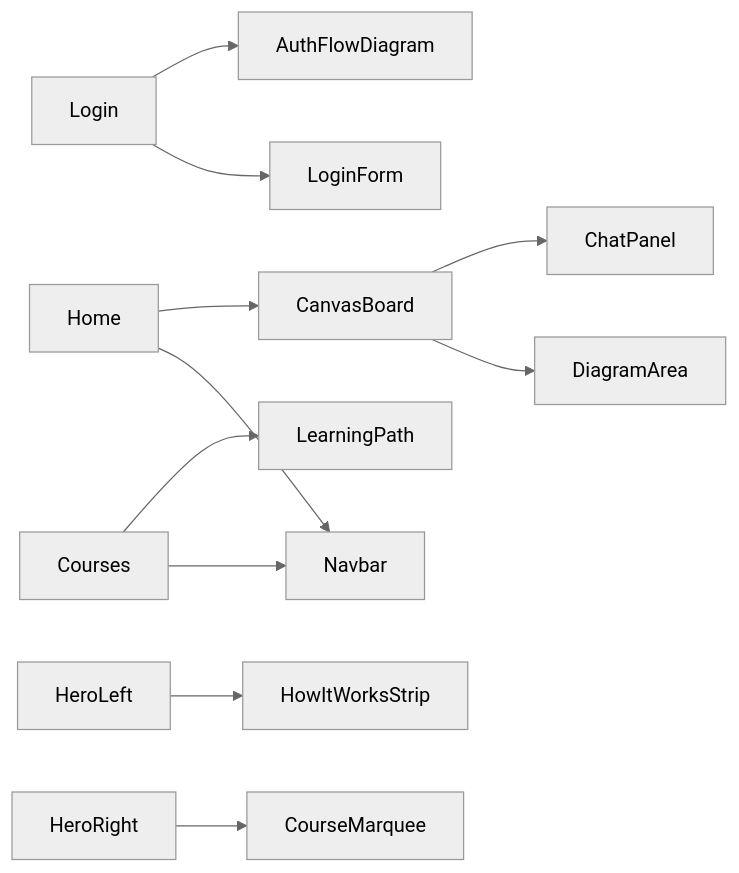
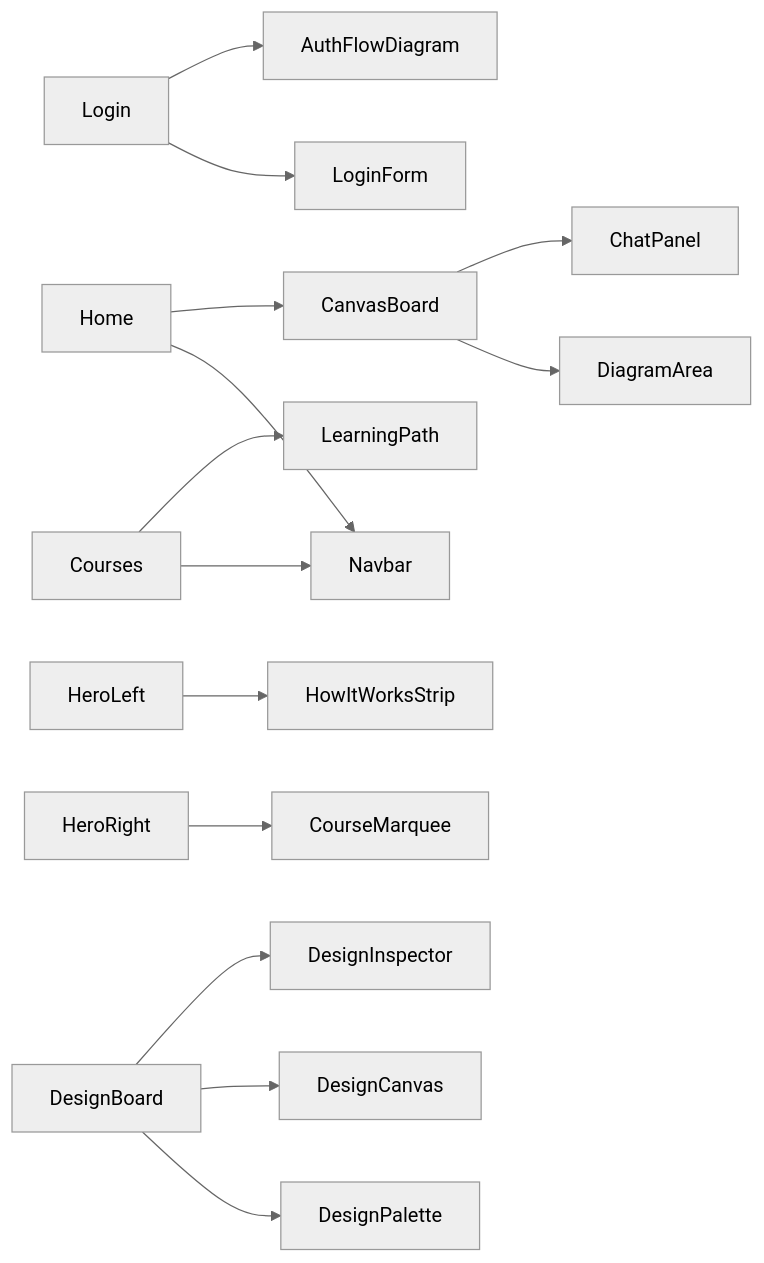
The diagram in hannibal-vault/frontend/src/shared/components/organisms/_organisms.md (dhruva-nu/Project-hannibal), drawn with Mermaid (neutral theme) before and after one commit. The commit also changed other lines of this file and 39 other files, not shown here.

First line of the commit message:
Feat/design board fe (#39)

````diff
--- a/hannibal-vault/frontend/src/shared/components/organisms/_organisms.md
+++ b/hannibal-vault/frontend/src/shared/components/organisms/_organisms.md
@@ -13,13 +13,16 @@
 ```mermaid
 flowchart LR
     Login --> LoginForm
     Login --> AuthFlowDiagram
     Home --> Navbar
     Home --> CanvasBoard
     CanvasBoard --> DiagramArea
     CanvasBoard --> ChatPanel
     HeroLeft --> HowItWorksStrip
     HeroRight --> CourseMarquee
     Courses --> Navbar
     Courses --> LearningPath
+    DesignBoard --> DesignPalette
+    DesignBoard --> DesignCanvas
+    DesignBoard --> DesignInspector
 ```
````
